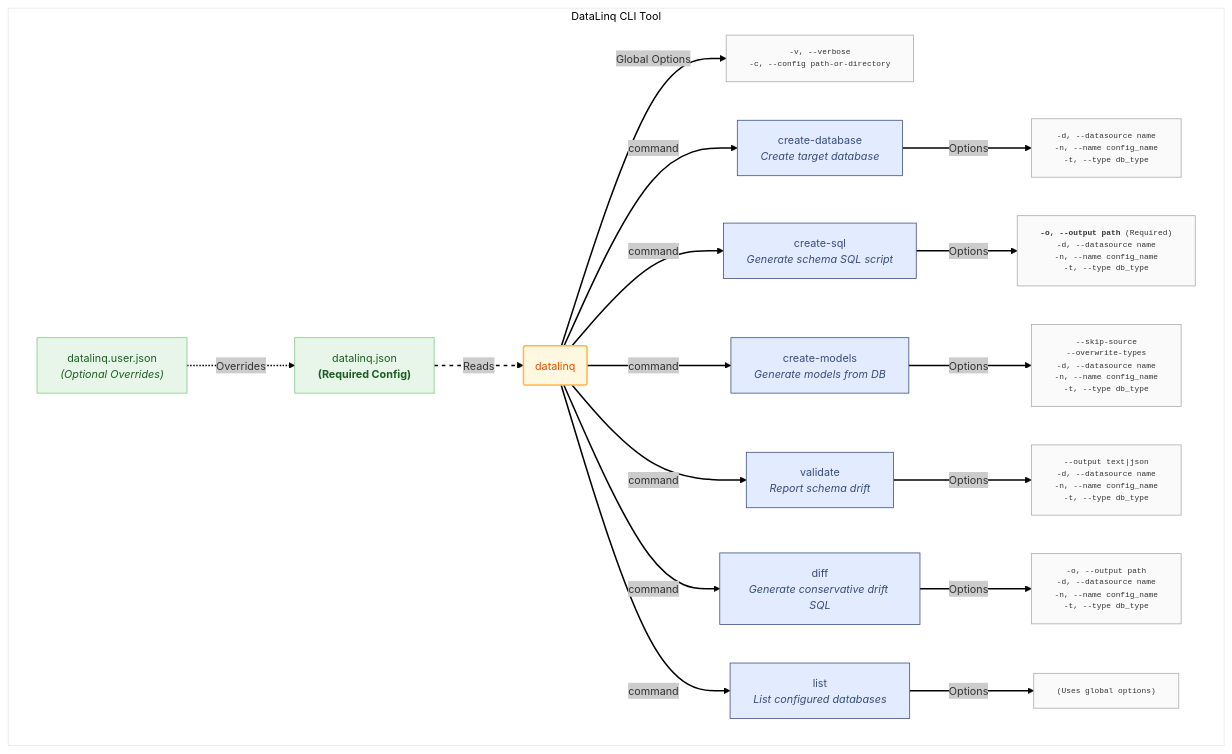
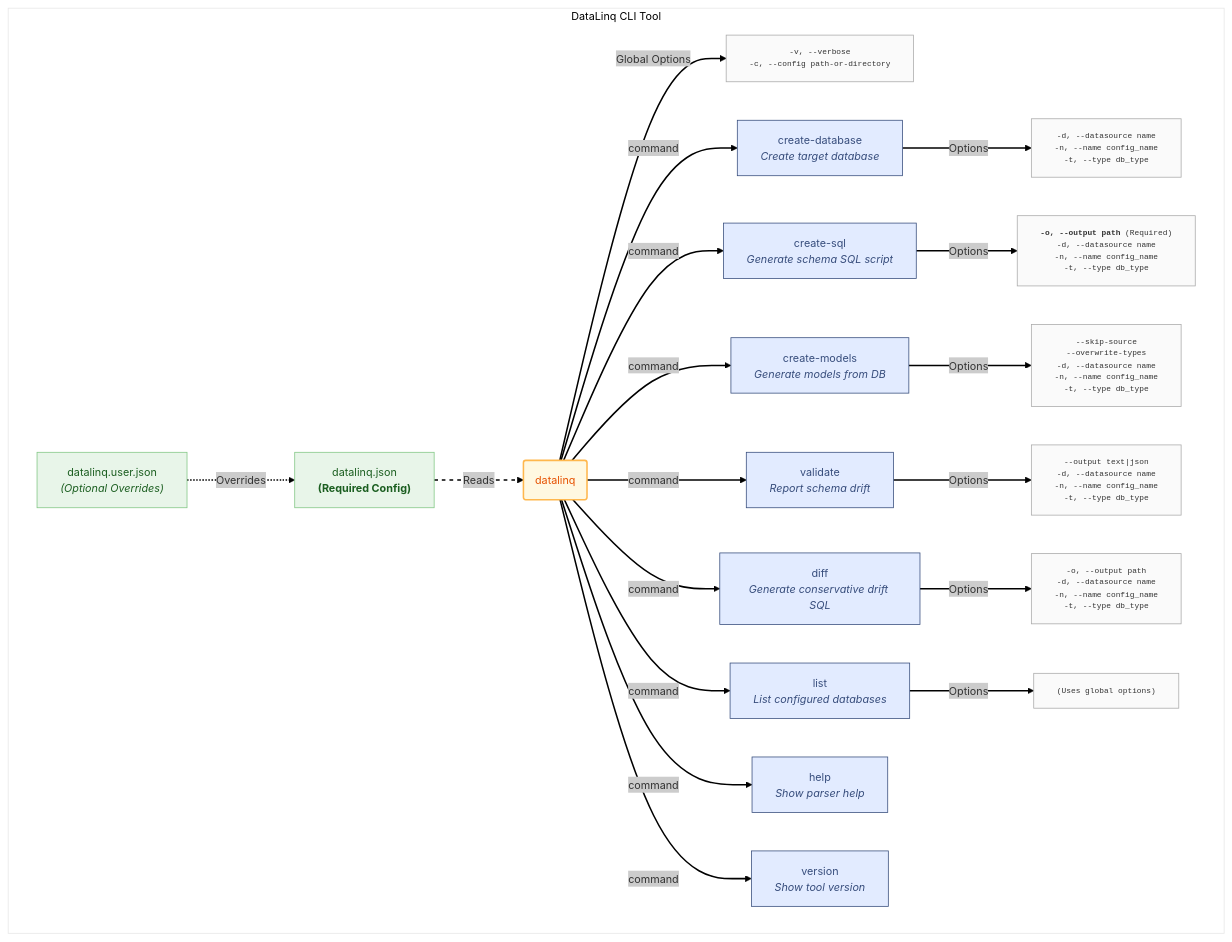
The diagram in docs/CLI Documentation.md (bazer/DataLinq), drawn with Mermaid before and after one commit. The commit also changed other lines of this file and 19 other files, not shown here.

````diff
--- a/docs/CLI Documentation.md
+++ b/docs/CLI Documentation.md
@@ -7,56 +7,60 @@
 ```mermaid
 ---
 config:
   theme: neo
   look: classic
 ---
 graph TD
     subgraph "DataLinq CLI Tool"
 
             ConfigFile["datalinq.json<br/><b>(Required Config)</b>"]:::FileStyle
             UserConfigFile["datalinq.user.json<br/><i>(Optional Overrides)</i>"]:::FileStyle
         CLI(datalinq):::ToolStyle -- Global Options --> GlobalOpts["-v, --verbose<br/>-c, --config path-or-directory"]
 
         ConfigFile -- Reads --> CLI
         UserConfigFile -.->|Overrides| ConfigFile
 
         CLI -- command --> CreateDB["create-database<br/><i>Create target database</i>"]
         CLI -- command --> CreateSQL["create-sql<br/><i>Generate schema SQL script</i>"]
         CLI -- command --> CreateModels["create-models<br/><i>Generate models from DB</i>"]
         CLI -- command --> Validate["validate<br/><i>Report schema drift</i>"]
         CLI -- command --> Diff["diff<br/><i>Generate conservative drift SQL</i>"]
         CLI -- command --> ListCmd["list<br/><i>List configured databases</i>"]
+        CLI -- command --> HelpCmd["help<br/><i>Show parser help</i>"]
+        CLI -- command --> VersionCmd["version<br/><i>Show tool version</i>"]
 
         CreateDB -- Options --> CD_Opts["-d, --datasource name<br/>-n, --name config_name<br/>-t, --type db_type"]
         CreateSQL -- Options --> CS_Opts["<b>-o, --output path</b> (Required)<br/>-d, --datasource name<br/>-n, --name config_name<br/>-t, --type db_type"]
         CreateModels -- Options --> CM_Opts["--skip-source<br/>--overwrite-types<br/>-d, --datasource name<br/>-n, --name config_name<br/>-t, --type db_type"]
         Validate -- Options --> Val_Opts["--output text|json<br/>-d, --datasource name<br/>-n, --name config_name<br/>-t, --type db_type"]
         Diff -- Options --> Diff_Opts["-o, --output path<br/>-d, --datasource name<br/>-n, --name config_name<br/>-t, --type db_type"]
         ListCmd -- Options --> List_Opts["(Uses global options)"]
 
         CLI:::ToolStyle
         CreateDB:::CommandStyle
         CreateSQL:::CommandStyle
         CreateModels:::CommandStyle
         Validate:::CommandStyle
         Diff:::CommandStyle
         ListCmd:::CommandStyle
+        HelpCmd:::CommandStyle
+        VersionCmd:::CommandStyle
         CD_Opts:::OptionsStyle
         CS_Opts:::OptionsStyle
         CM_Opts:::OptionsStyle
         Val_Opts:::OptionsStyle
         Diff_Opts:::OptionsStyle
         List_Opts:::OptionsStyle
         GlobalOpts:::OptionsStyle
         ConfigFile:::FileStyle
         UserConfigFile:::FileStyle
 
     end
 
     classDef ToolStyle stroke-width:2px, stroke:#FFB74D, fill:#FFF8E1, color:#E65100
     classDef CommandStyle stroke-width:1px, stroke:#374D7C, fill:#E2EBFF, color:#374D7C
     classDef OptionsStyle stroke-width:1px, stroke:#AAAAAA, fill:#FAFAFA, color:#333333, font-family:monospace, font-size:0.9em
     classDef FileStyle stroke-width:1px, stroke:#81C784, fill:#E8F5E9, color:#1B5E20
     linkStyle default stroke:#000000
     linkStyle 1 stroke-dasharray: 5 5
 ```
````
